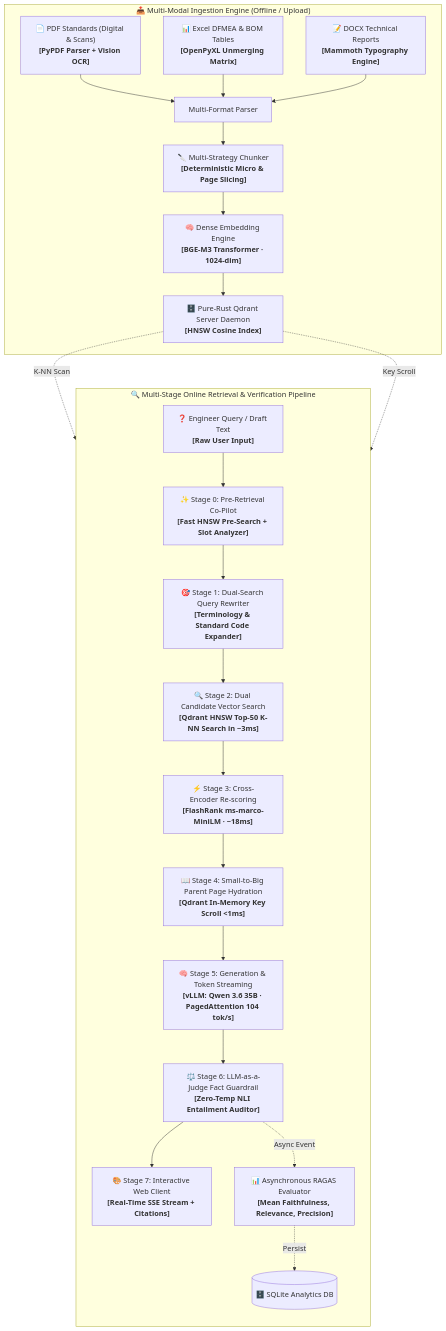
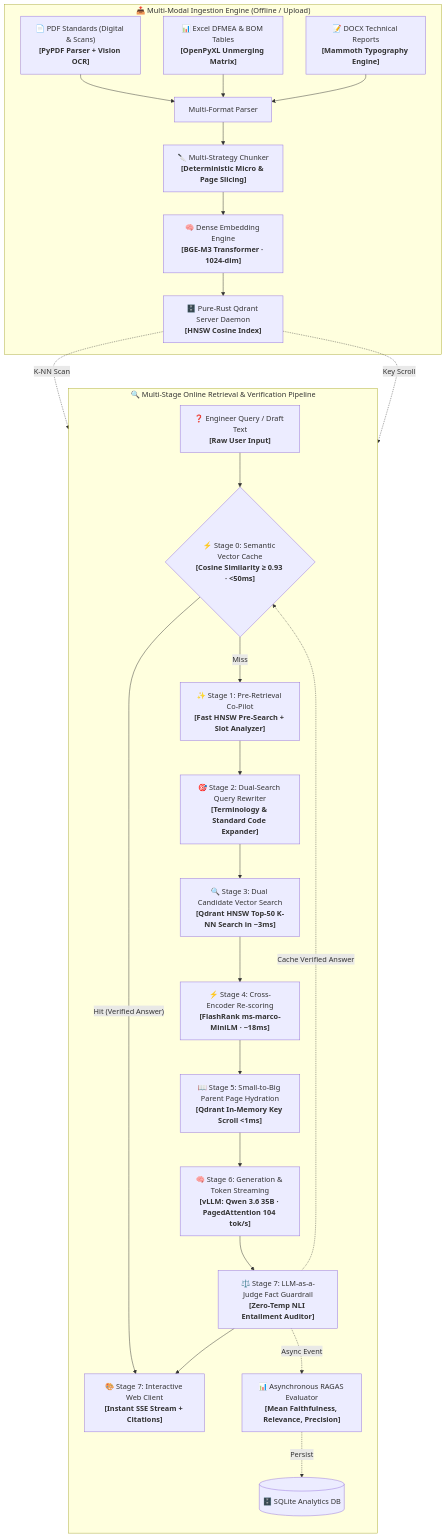
Before and after one commit to Dynobite/Gas_Enterprise_RAG_Engine: the diagram in README.md, drawn with Mermaid. The commit also changed other lines of this file, not shown here.

Commit message:
docs: update showcase README with semantic caching layer and hardware sizing

````diff
--- a/README.md
+++ b/README.md
@@ -84,36 +88,41 @@
 ```mermaid
 flowchart TD
     subgraph INGESTION ["📥 Multi-Modal Ingestion Engine (Offline / Upload)"]
         PDF["📄 PDF Standards (Digital & Scans)<br/><b>[PyPDF Parser + Vision OCR]</b>"] --> PARSE["Multi-Format Parser"]
         XLS["📊 Excel DFMEA & BOM Tables<br/><b>[OpenPyXL Unmerging Matrix]</b>"] --> PARSE
         DOC["📝 DOCX Technical Reports<br/><b>[Mammoth Typography Engine]</b>"] --> PARSE
         
         PARSE --> CHUNK["🔪 Multi-Strategy Chunker<br/><b>[Deterministic Micro & Page Slicing]</b>"]
         CHUNK --> EMB["🧠 Dense Embedding Engine<br/><b>[BGE-M3 Transformer · 1024-dim]</b>"]
         EMB --> QDR["🗄️ Pure-Rust Qdrant Server Daemon<br/><b>[HNSW Cosine Index]</b>"]
     end
 
     subgraph ONLINE ["🔍 Multi-Stage Online Retrieval & Verification Pipeline"]
         direction TB
-        UQ["❓ Engineer Query / Draft Text<br/><b>[Raw User Input]</b>"] --> COPILOT["✨ Stage 0: Pre-Retrieval Co-Pilot<br/><b>[Fast HNSW Pre-Search + Slot Analyzer]</b>"]
+        UQ["❓ Engineer Query / Draft Text<br/><b>[Raw User Input]</b>"] --> CACHE{"⚡ Stage 0: Semantic Vector Cache<br/><b>[Cosine Similarity &ge; 0.93 &middot; <50ms]</b>"}
         
-        COPILOT --> REWRITE["🎯 Stage 1: Dual-Search Query Rewriter<br/><b>[Terminology & Standard Code Expander]</b>"]
+        CACHE -- "Hit (Verified Answer)" --> UI["🎨 Stage 7: Interactive Web Client<br/><b>[Instant SSE Stream + Citations]</b>"]
         
-        REWRITE --> DUAL["🔍 Stage 2: Dual Candidate Vector Search<br/><b>[Qdrant HNSW Top-50 K-NN Search in ~3ms]</b>"]
+        CACHE -- "Miss" --> COPILOT["✨ Stage 1: Pre-Retrieval Co-Pilot<br/><b>[Fast HNSW Pre-Search + Slot Analyzer]</b>"]
+        
+        COPILOT --> REWRITE["🎯 Stage 2: Dual-Search Query Rewriter<br/><b>[Terminology & Standard Code Expander]</b>"]
+        
+        REWRITE --> DUAL["🔍 Stage 3: Dual Candidate Vector Search<br/><b>[Qdrant HNSW Top-50 K-NN Search in ~3ms]</b>"]
         QDR -.->|"K-NN Scan"| DUAL
         
-        DUAL --> RERANK["⚡ Stage 3: Cross-Encoder Re-scoring<br/><b>[FlashRank ms-marco-MiniLM · ~18ms]</b>"]
+        DUAL --> RERANK["⚡ Stage 4: Cross-Encoder Re-scoring<br/><b>[FlashRank ms-marco-MiniLM · ~18ms]</b>"]
         
-        RERANK --> HYDRATE["📖 Stage 4: Small-to-Big Parent Page Hydration<br/><b>[Qdrant In-Memory Key Scroll <1ms]</b>"]
+        RERANK --> HYDRATE["📖 Stage 5: Small-to-Big Parent Page Hydration<br/><b>[Qdrant In-Memory Key Scroll <1ms]</b>"]
         QDR -.->|"Key Scroll"| HYDRATE
         
-        HYDRATE --> GEN["🧠 Stage 5: Generation & Token Streaming<br/><b>[vLLM: Qwen 3.6 35B · PagedAttention 104 tok/s]</b>"]
+        HYDRATE --> GEN["🧠 Stage 6: Generation & Token Streaming<br/><b>[vLLM: Qwen 3.6 35B · PagedAttention 104 tok/s]</b>"]
         
-        GEN --> JUDGE["⚖️ Stage 6: LLM-as-a-Judge Fact Guardrail<br/><b>[Zero-Temp NLI Entailment Auditor]</b>"]
+        GEN --> JUDGE["⚖️ Stage 7: LLM-as-a-Judge Fact Guardrail<br/><b>[Zero-Temp NLI Entailment Auditor]</b>"]
         
-        JUDGE --> UI["🎨 Stage 7: Interactive Web Client<br/><b>[Real-Time SSE Stream + Citations]</b>"]
+        JUDGE --> UI
+        JUDGE -.->|"Cache Verified Answer"| CACHE
         
         JUDGE -.->|"Async Event"| RAGAS["📊 Asynchronous RAGAS Evaluator<br/><b>[Mean Faithfulness, Relevance, Precision]</b>"]
         RAGAS -.->|"Persist"| DB[("🗄️ SQLite Analytics DB")]
     end
 ```
````
